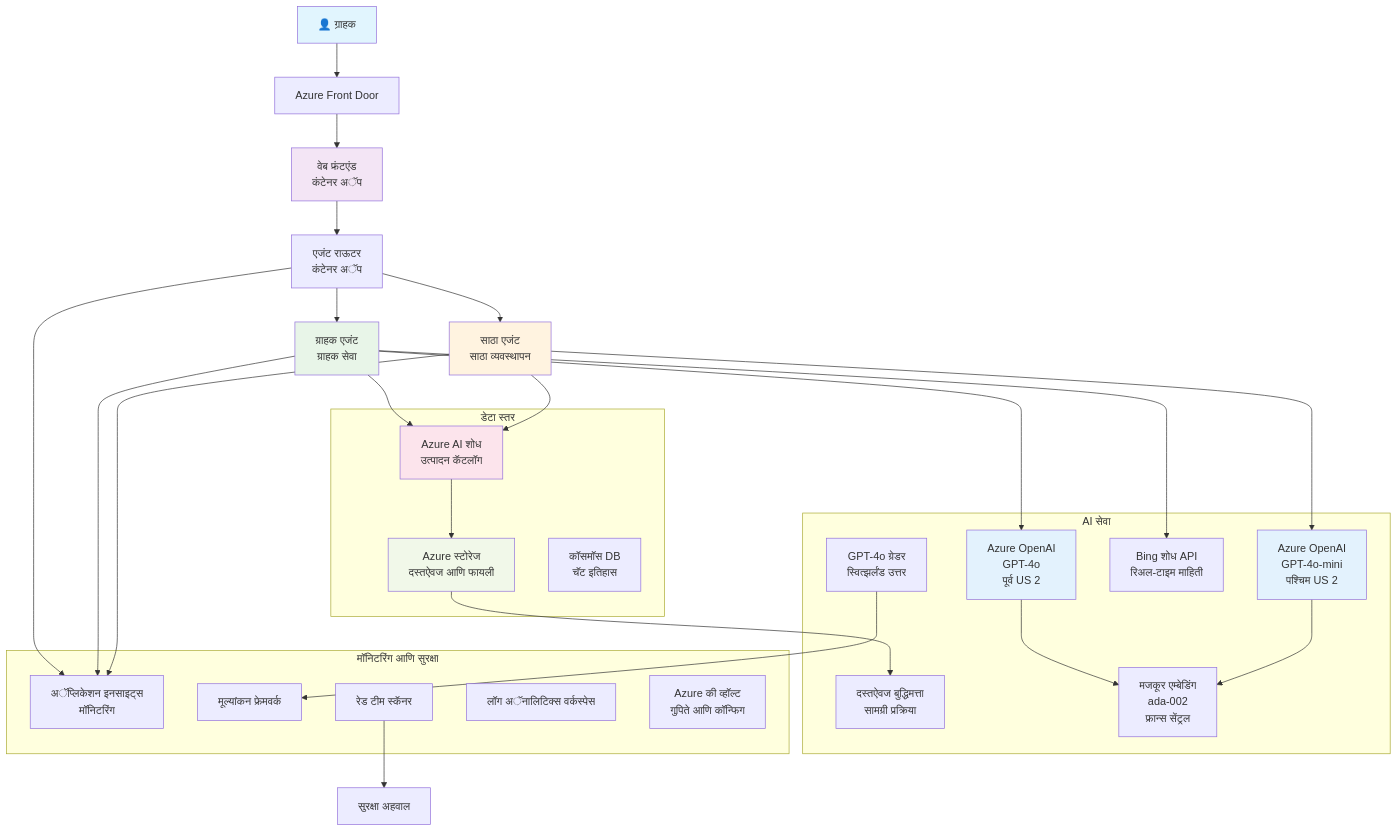
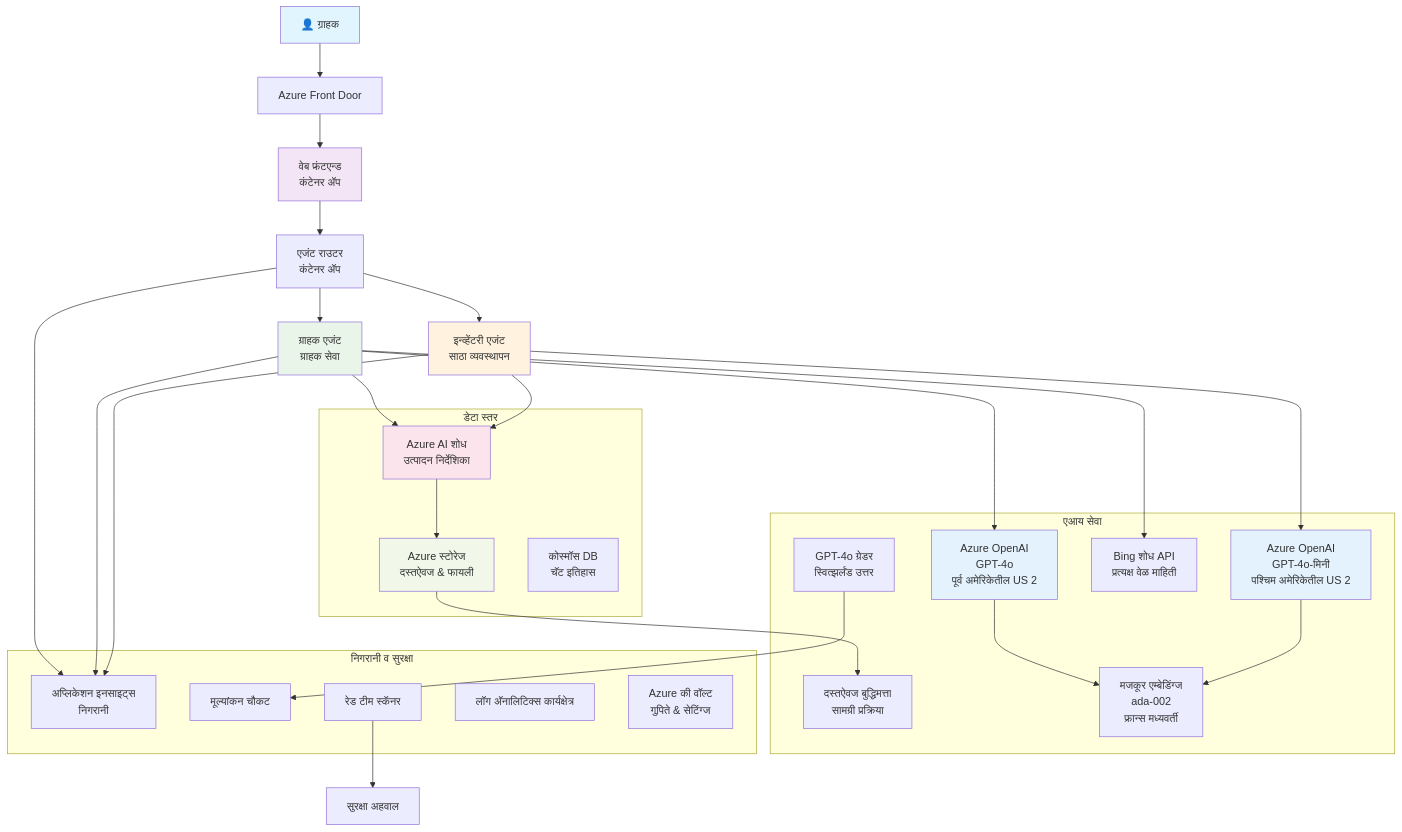
Before and after one commit to microsoft/AZD-for-beginners: the diagram in translations/mr/examples/retail-scenario.md, drawn with Mermaid. The commit also changed other lines of this file and 242 other files, not shown here.

````diff
--- a/translations/mr/examples/retail-scenario.md
+++ b/translations/mr/examples/retail-scenario.md
@@ -148,61 +139,61 @@
 ```mermaid
 graph TB
     User[👤 ग्राहक] --> LB[Azure Front Door]
-    LB --> WebApp[वेब फ्रंटएंड<br/>कंटेनर अॅप]
+    LB --> WebApp[वेब फ्रंटएन्ड<br/>कंटेनर ॲप]
     
-    WebApp --> Router[एजंट राऊटर<br/>कंटेनर अॅप]
+    WebApp --> Router[एजंट राउटर<br/>कंटेनर ॲप]
     Router --> CustomerAgent[ग्राहक एजंट<br/>ग्राहक सेवा]
-    Router --> InvAgent[साठा एजंट<br/>साठा व्यवस्थापन]
+    Router --> InvAgent[इन्व्हेंटरी एजंट<br/>साठा व्यवस्थापन]
     
-    CustomerAgent --> OpenAI1[Azure OpenAI<br/>GPT-4o<br/>पूर्व US 2]
-    InvAgent --> OpenAI2[Azure OpenAI<br/>GPT-4o-mini<br/>पश्चिम US 2]
+    CustomerAgent --> OpenAI1[Azure OpenAI<br/>GPT-4o<br/>पूर्व अमेरिकेतील US 2]
+    InvAgent --> OpenAI2[Azure OpenAI<br/>GPT-4o-मिनी<br/>पश्चिम अमेरिकेतील US 2]
     
-    CustomerAgent --> AISearch[Azure AI शोध<br/>उत्पादन कॅटलॉग]
-    CustomerAgent --> BingSearch[Bing शोध API<br/>रिअल-टाइम माहिती]
+    CustomerAgent --> AISearch[Azure AI शोध<br/>उत्पादन निर्देशिका]
+    CustomerAgent --> BingSearch[Bing शोध API<br/>प्रत्यक्ष वेळ माहिती]
     InvAgent --> AISearch
     
-    AISearch --> Storage[Azure स्टोरेज<br/>दस्तऐवज आणि फायली]
+    AISearch --> Storage[Azure स्टोरेज<br/>दस्तऐवज & फायली]
     Storage --> DocIntel[दस्तऐवज बुद्धिमत्ता<br/>सामग्री प्रक्रिया]
     
-    OpenAI1 --> Embeddings[मजकूर एम्बेडिंग<br/>ada-002<br/>फ्रान्स सेंट्रल]
+    OpenAI1 --> Embeddings[मजकूर एम्बेडिंग्ज<br/>ada-002<br/>फ्रान्स मध्यवर्ती]
     OpenAI2 --> Embeddings
     
-    Router --> AppInsights[अॅप्लिकेशन इनसाइट्स<br/>मॉनिटरिंग]
+    Router --> AppInsights[अप्लिकेशन इनसाइट्स<br/>निगरानी]
     CustomerAgent --> AppInsights
     InvAgent --> AppInsights
     
-    GraderModel[GPT-4o ग्रेडर<br/>स्वित्झर्लंड उत्तर] --> Evaluation[मूल्यांकन फ्रेमवर्क]
+    GraderModel[GPT-4o ग्रेडर<br/>स्वित्झर्लंड उत्तर] --> Evaluation[मूल्यांकन चौकट]
     RedTeam[रेड टीम स्कॅनर] --> SecurityReports[सुरक्षा अहवाल]
     
     subgraph "डेटा स्तर"
         Storage
         AISearch
-        CosmosDB[कॉसमॉस DB<br/>चॅट इतिहास]
+        CosmosDB[कोस्मॉस DB<br/>चॅट इतिहास]
     end
     
-    subgraph "AI सेवा"
+    subgraph "एआय सेवा"
         OpenAI1
         OpenAI2
         Embeddings
         GraderModel
         DocIntel
         BingSearch
     end
     
-    subgraph "मॉनिटरिंग आणि सुरक्षा"
+    subgraph "निगरानी व सुरक्षा"
         AppInsights
-        LogAnalytics[लॉग अॅनालिटिक्स वर्कस्पेस]
-        KeyVault[Azure की व्हॉल्ट<br/>गुपिते आणि कॉन्फिग]
+        LogAnalytics[लॉग अ‍ॅनालिटिक्स कार्यक्षेत्र]
+        KeyVault[Azure की वॉल्ट<br/>गुपिते & सेटिंग्ज]
         RedTeam
         Evaluation
     end
     
     style User fill:#e1f5fe
     style WebApp fill:#f3e5f5
     style CustomerAgent fill:#e8f5e8
     style InvAgent fill:#fff3e0
     style OpenAI1 fill:#e3f2fd
     style OpenAI2 fill:#e3f2fd
     style AISearch fill:#fce4ec
     style Storage fill:#f1f8e9
-```
+```  
````
